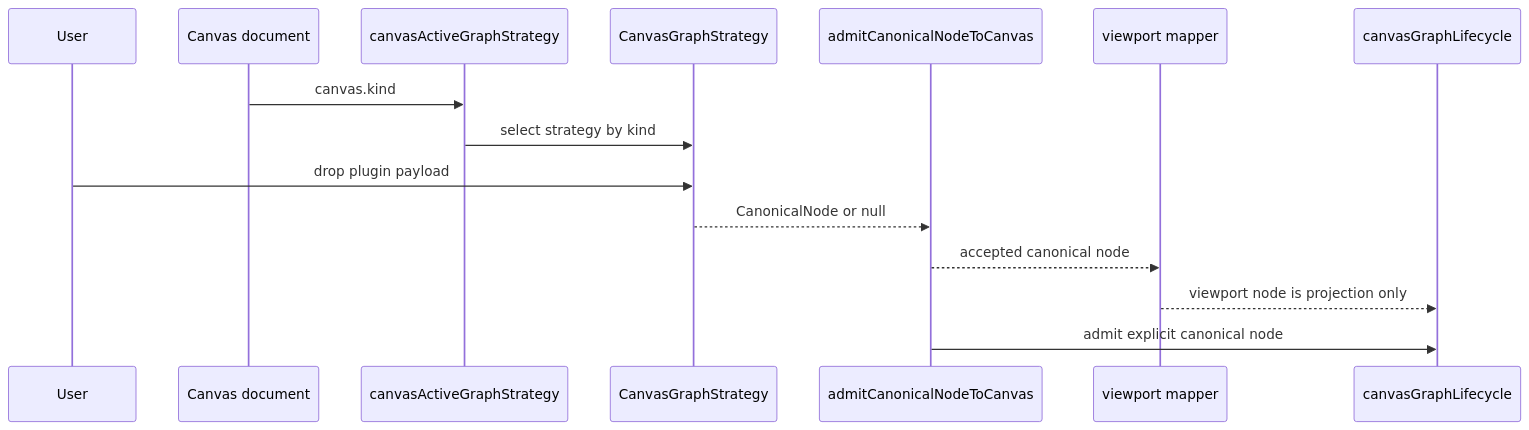
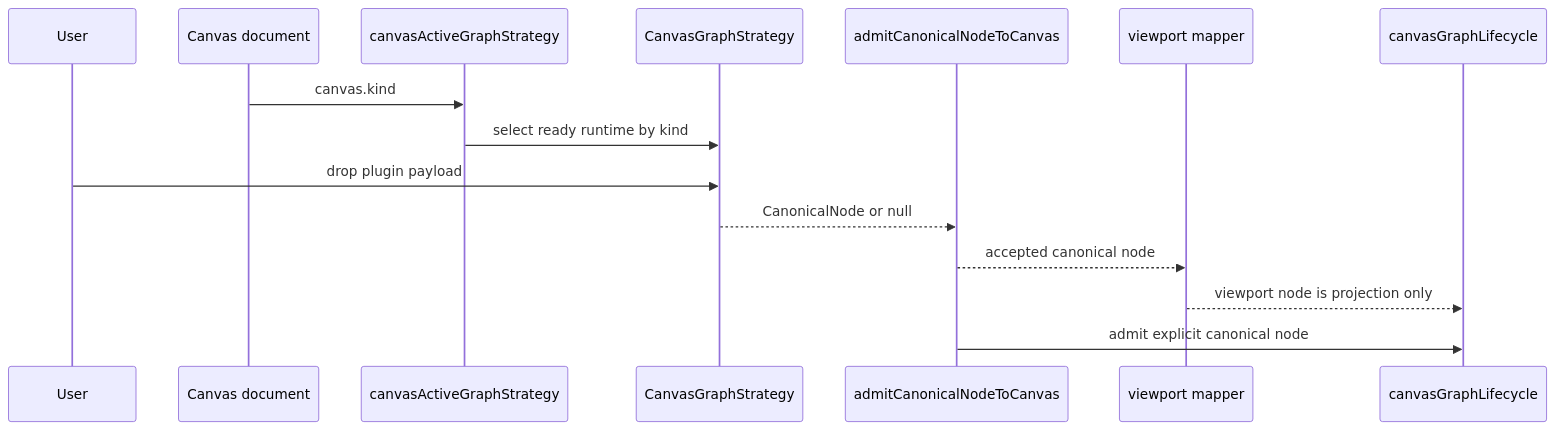
The fifth of 5 diagrams in docs/architecture/components/web/graph/graph-frontend-architecture.md (dunay2/dvt), drawn with Mermaid before and after one commit. The commit also changed other lines of this file and 4 other files, not shown here.

Commit message:
test(web): Add semantic Canvas architecture fitness tests

````diff
--- a/docs/architecture/components/web/graph/graph-frontend-architecture.md
+++ b/docs/architecture/components/web/graph/graph-frontend-architecture.md
@@ -201,18 +250,18 @@
 ```mermaid
 sequenceDiagram
   participant User
   participant Canvas as Canvas document
   participant Resolver as canvasActiveGraphStrategy
   participant Strategy as CanvasGraphStrategy
   participant Admission as admitCanonicalNodeToCanvas
   participant Mapper as viewport mapper
   participant Lifecycle as canvasGraphLifecycle
 
   Canvas->>Resolver: canvas.kind
-  Resolver->>Strategy: select strategy by kind
+  Resolver->>Strategy: select ready runtime by kind
   User->>Strategy: drop plugin payload
   Strategy-->>Admission: CanonicalNode or null
   Admission-->>Mapper: accepted canonical node
   Mapper-->>Lifecycle: viewport node is projection only
   Admission->>Lifecycle: admit explicit canonical node
 ```
````
